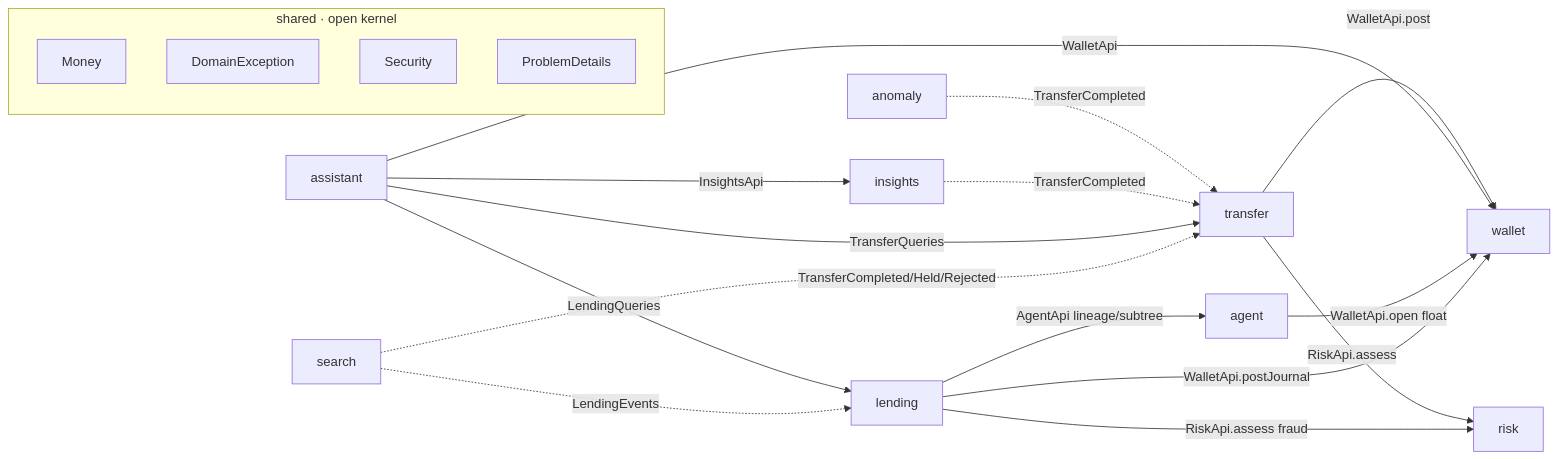
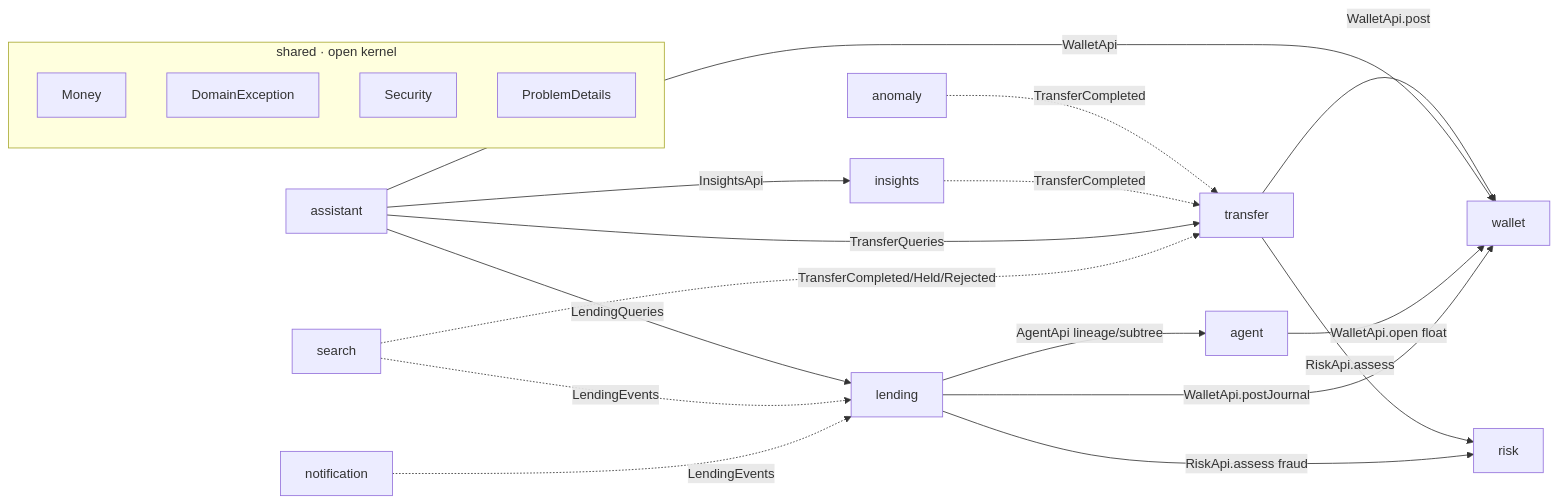
The first of 3 diagrams in docs/ARCHITECTURE.md (smwangi/kibetipay), drawn with Mermaid before and after one commit. The commit also changed other lines of this file and 17 other files, not shown here.

````diff
--- a/docs/ARCHITECTURE.md
+++ b/docs/ARCHITECTURE.md
@@ -25,20 +25,21 @@
 ```mermaid
 flowchart LR
     subgraph shared[shared · open kernel]
         Money; DomainException; Security; ProblemDetails
     end
     transfer -->|WalletApi.post| wallet
     transfer -->|RiskApi.assess| risk
     anomaly -. TransferCompleted .-> transfer
     insights -. TransferCompleted .-> transfer
     assistant -->|TransferQueries| transfer
     assistant -->|WalletApi| wallet
     assistant -->|InsightsApi| insights
     assistant -->|LendingQueries| lending
     agent -->|WalletApi.open float| wallet
     lending -->|AgentApi lineage/subtree| agent
     lending -->|WalletApi.postJournal| wallet
     lending -->|RiskApi.assess fraud| risk
     search -. TransferCompleted/Held/Rejected .-> transfer
     search -. LendingEvents .-> lending
+    notification -. LendingEvents .-> lending
 ```
````
